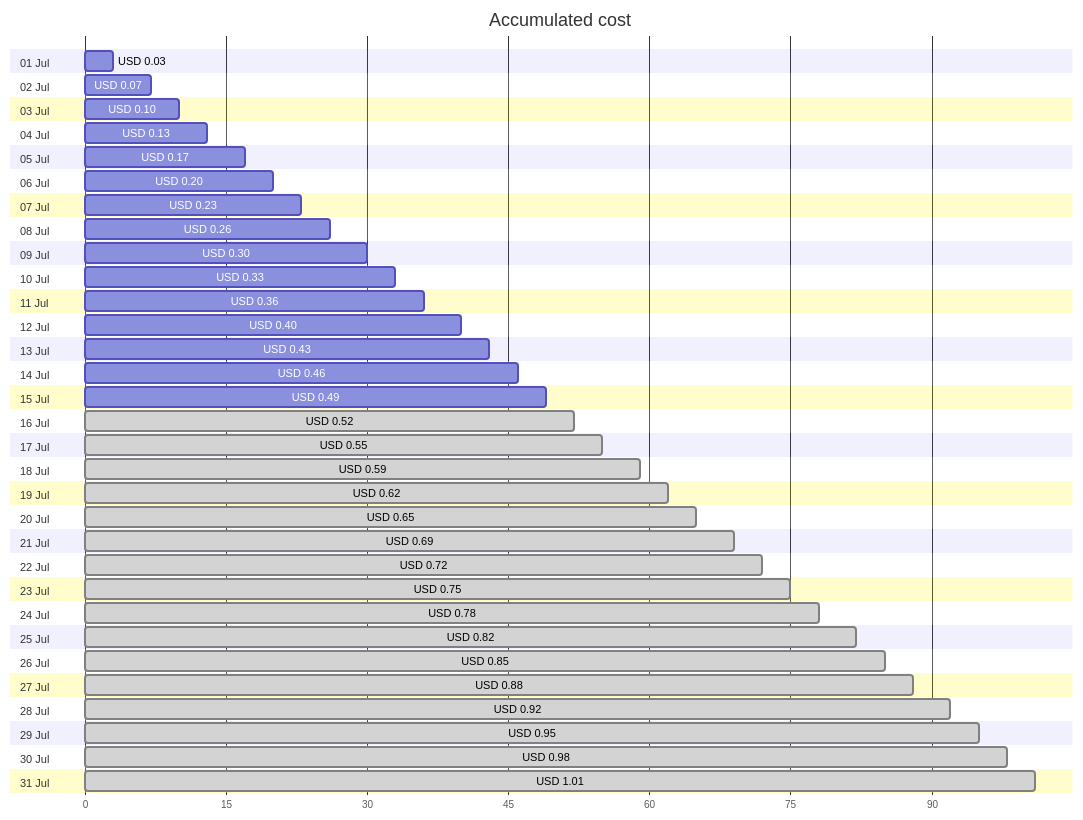
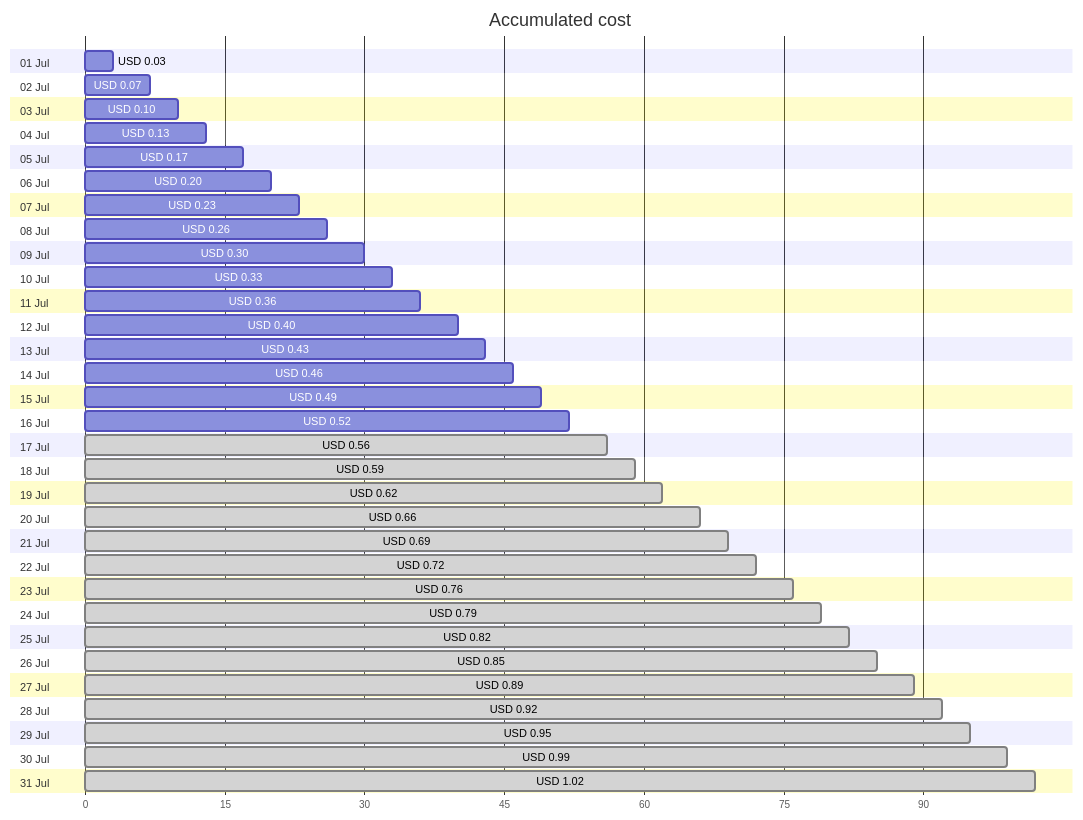
Before and after one commit to jpfulton/azure-personal-reports: the first of 4 diagrams in cost-reports/personal-dns/README.md, drawn with Mermaid. The commit also changed other lines of this file and 2 other files, not shown here.

````diff
--- a/cost-reports/personal-dns/README.md
+++ b/cost-reports/personal-dns/README.md
@@ -20,68 +20,68 @@
 ```mermaid
 gantt
    title Accumulated cost
    dateFormat  X
    axisFormat %s
    section 01 Jul
    USD 0.03 :0, 3
    section 02 Jul
    USD 0.07 :0, 7
    section 03 Jul
    USD 0.10 :0, 10
    section 04 Jul
    USD 0.13 :0, 13
    section 05 Jul
    USD 0.17 :0, 17
    section 06 Jul
    USD 0.20 :0, 20
    section 07 Jul
    USD 0.23 :0, 23
    section 08 Jul
    USD 0.26 :0, 26
    section 09 Jul
    USD 0.30 :0, 30
    section 10 Jul
    USD 0.33 :0, 33
    section 11 Jul
    USD 0.36 :0, 36
    section 12 Jul
    USD 0.40 :0, 40
    section 13 Jul
    USD 0.43 :0, 43
    section 14 Jul
    USD 0.46 :0, 46
    section 15 Jul
    USD 0.49 :0, 49
    section 16 Jul
-   USD 0.52 : done, 0, 52
+   USD 0.52 :0, 52
    section 17 Jul
-   USD 0.55 : done, 0, 55
+   USD 0.56 : done, 0, 56
    section 18 Jul
    USD 0.59 : done, 0, 59
    section 19 Jul
    USD 0.62 : done, 0, 62
    section 20 Jul
-   USD 0.65 : done, 0, 65
+   USD 0.66 : done, 0, 66
    section 21 Jul
    USD 0.69 : done, 0, 69
    section 22 Jul
    USD 0.72 : done, 0, 72
    section 23 Jul
-   USD 0.75 : done, 0, 75
+   USD 0.76 : done, 0, 76
    section 24 Jul
-   USD 0.78 : done, 0, 78
+   USD 0.79 : done, 0, 79
    section 25 Jul
    USD 0.82 : done, 0, 82
    section 26 Jul
    USD 0.85 : done, 0, 85
    section 27 Jul
-   USD 0.88 : done, 0, 88
+   USD 0.89 : done, 0, 89
    section 28 Jul
    USD 0.92 : done, 0, 92
    section 29 Jul
    USD 0.95 : done, 0, 95
    section 30 Jul
-   USD 0.98 : done, 0, 98
+   USD 0.99 : done, 0, 99
    section 31 Jul
-   USD 1.01 : done, 0, 101
+   USD 1.02 : done, 0, 102
 ```
````
